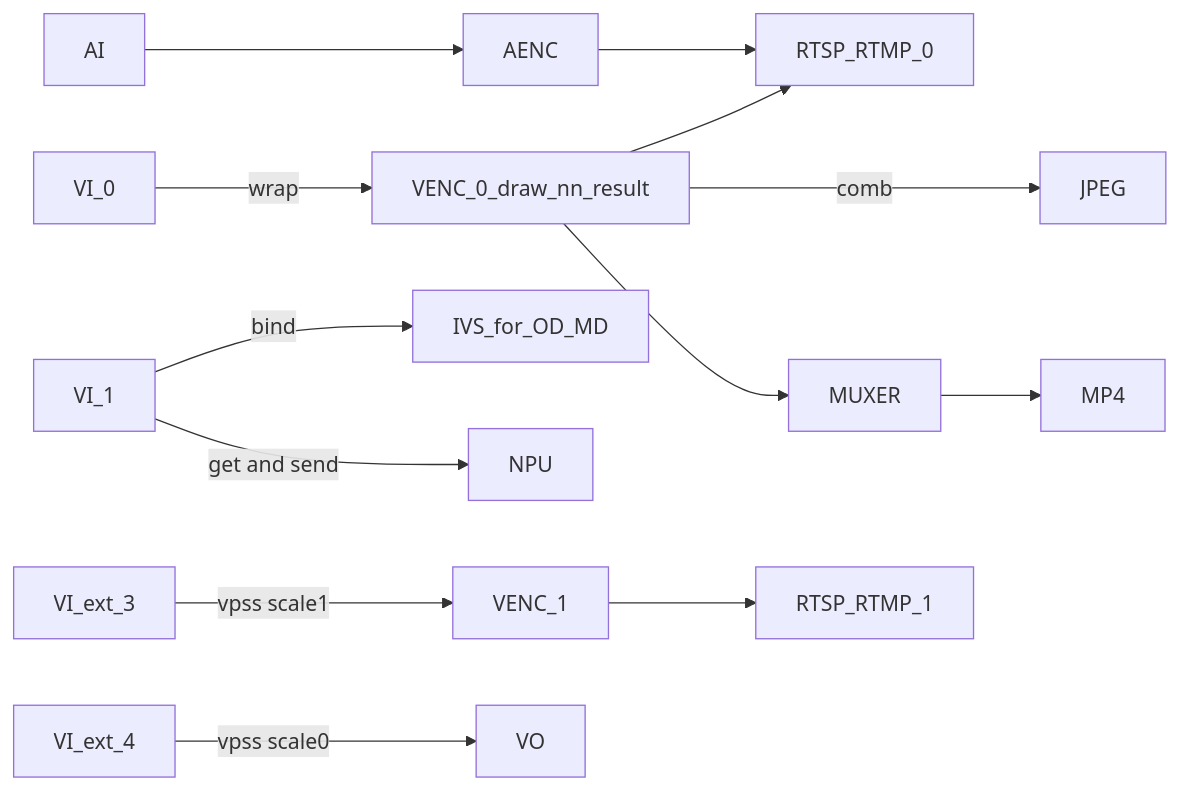
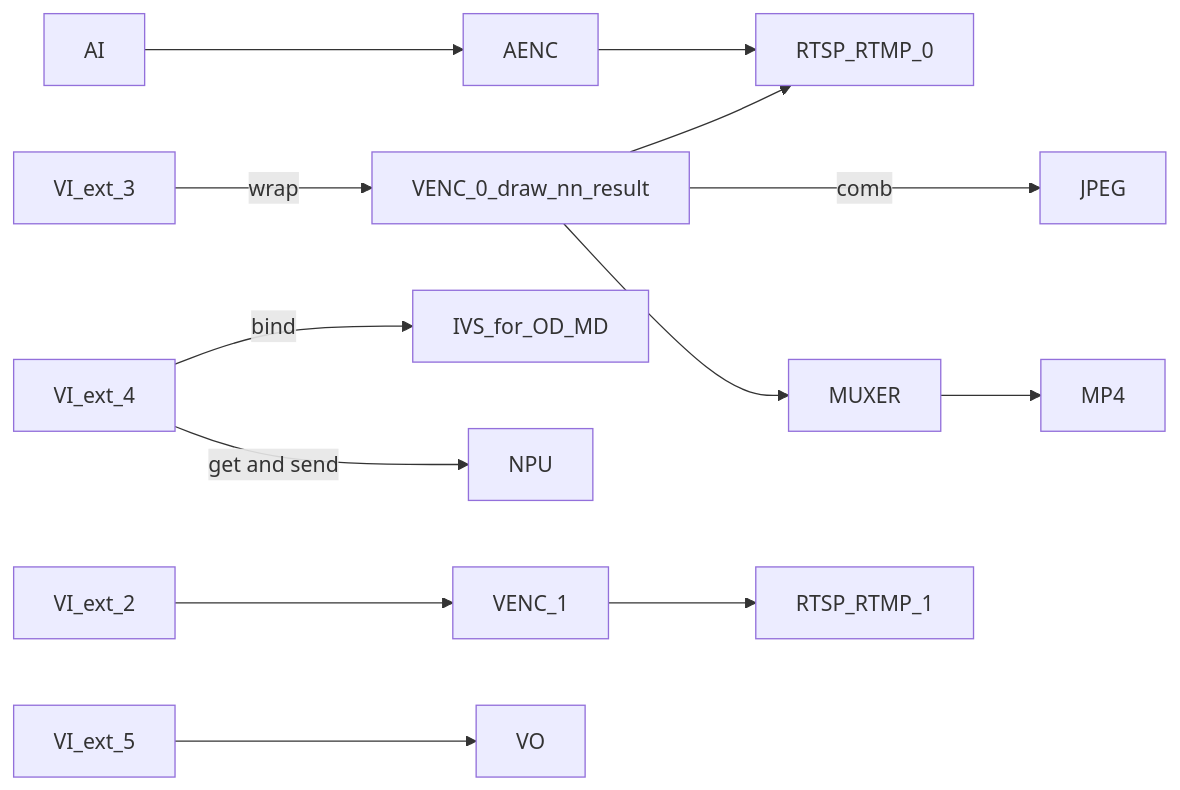
Diagram 18 of 19 in docs/Rockchip_Developer_Guide_Linux_RKIPC_CN.md (mixtile-rockchip/mixtile-sdk-linux-app-rkipc), drawn with Mermaid before and after one commit. The commit also changed 5 other files, not shown here.

````diff
--- a/docs/Rockchip_Developer_Guide_Linux_RKIPC_CN.md
+++ b/docs/Rockchip_Developer_Guide_Linux_RKIPC_CN.md
@@ -386,11 +386,11 @@
 ```mermaid
 graph LR
 	AI-->AENC-->RTSP_RTMP_0
-	VI_0--wrap-->VENC_0_draw_nn_result-->MUXER-->MP4
+	VI_ext_3--wrap-->VENC_0_draw_nn_result-->MUXER-->MP4
 	VENC_0_draw_nn_result--combo-->JPEG
-	VI_1--get and send-->NPU
-	VI_1--bind-->IVS_for_OD_MD
+	VI_ext_4--get and send-->NPU
+	VI_ext_4--bind-->IVS_for_OD_MD
 	VENC_0_draw_nn_result-->RTSP_RTMP_0
-	VI_ext_3--vpss scale1-->VENC_1-->RTSP_RTMP_1
-	VI_ext_4--vpss scale0-->VO
+	VI_ext_2-->VENC_1-->RTSP_RTMP_1
+	VI_ext_5-->VO
 ```
````
